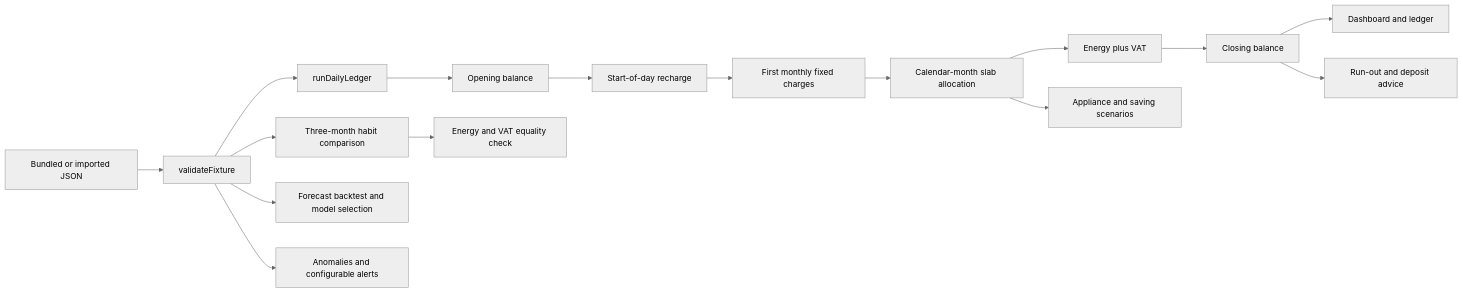
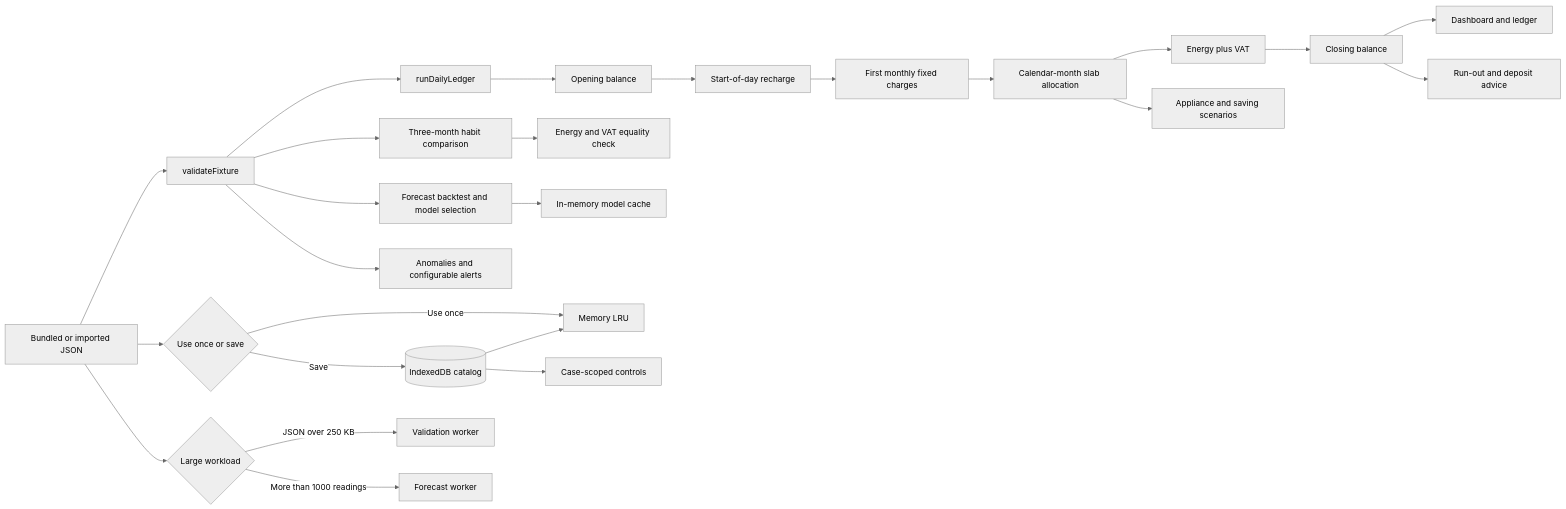
Before and after one commit to Seyamalam/lsh26-t031-p10: the diagram in README.md, drawn with Mermaid (neutral theme). The commit also changed other lines of this file and 12 other files, not shown here.

Commit message:
fix: verify workspace labels and chart evidence

````diff
--- a/README.md
+++ b/README.md
@@ -48,18 +52,27 @@
 ```mermaid
 flowchart LR
   J[Bundled or imported JSON] --> V[validateFixture]
+  J --> Q{Use once or save}
+  Q -->|Use once| U[Memory LRU]
+  Q -->|Save| X[(IndexedDB catalog)]
+  X --> U
+  X --> K[Case-scoped controls]
   V --> L[runDailyLedger]
   L --> O[Opening balance]
   O --> R[Start-of-day recharge]
   R --> F[First monthly fixed charges]
   F --> S[Calendar-month slab allocation]
   S --> E[Energy plus VAT]
   E --> C[Closing balance]
   C --> D[Dashboard and ledger]
   C --> A[Run-out and deposit advice]
   V --> H[Three-month habit comparison]
   H --> I[Energy and VAT equality check]
   V --> M[Forecast backtest and model selection]
+  M --> B[In-memory model cache]
   V --> N[Anomalies and configurable alerts]
   S --> P[Appliance and saving scenarios]
+  J --> W{Large workload}
+  W -->|JSON over 250 KB| Y[Validation worker]
+  W -->|More than 1000 readings| Z[Forecast worker]
 ```
````
